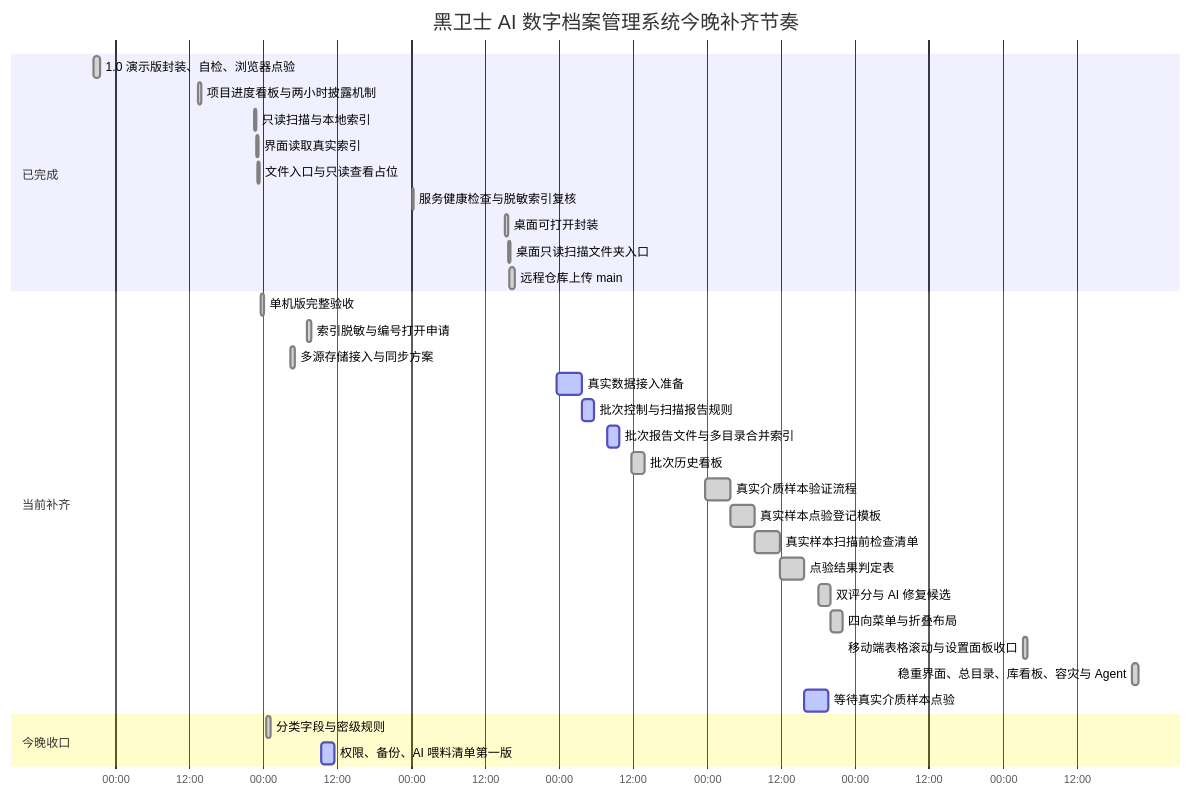
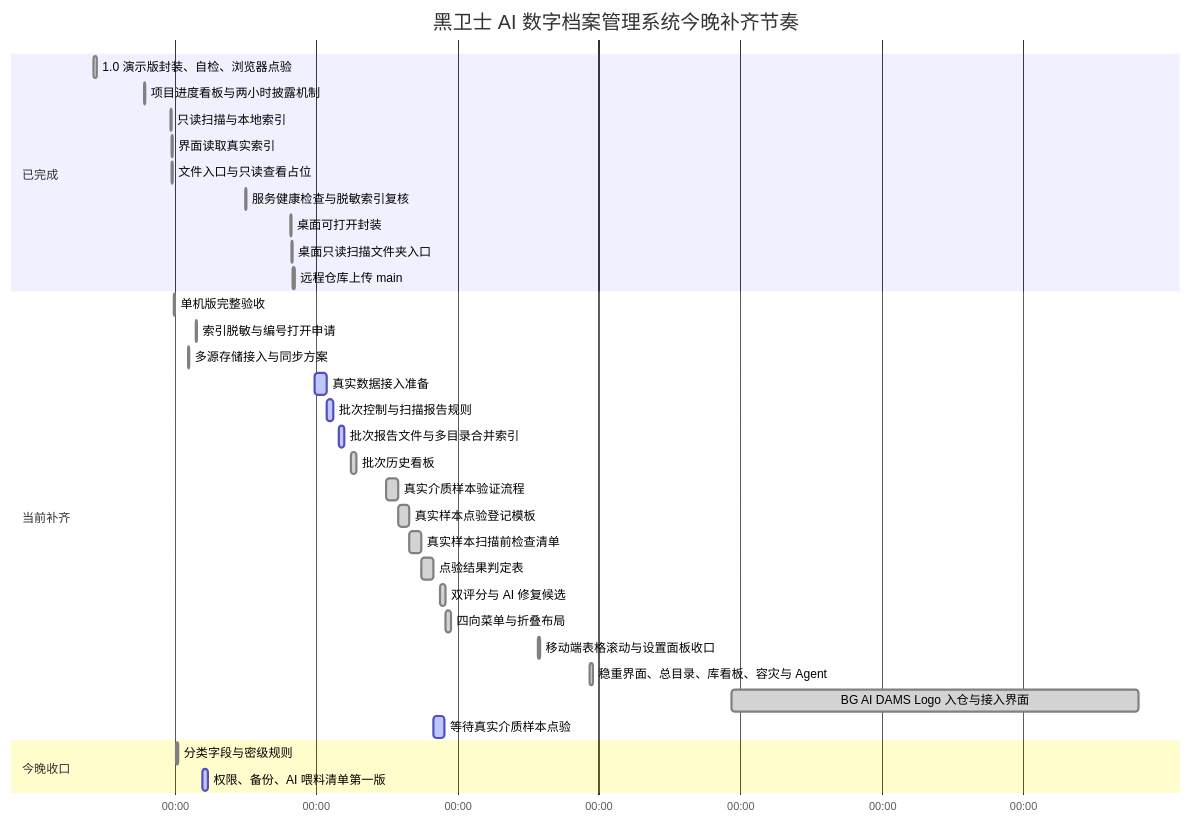
Before and after one commit to okalexhohongkong/Alex-Code-Repository: the diagram in 项目进度看板.md, drawn with Mermaid. The commit also changed other lines of this file and 3 other files, not shown here.

````diff
--- a/项目进度看板.md
+++ b/项目进度看板.md
@@ -9,39 +19,40 @@
 ```mermaid
 gantt
   title 黑卫士 AI 数字档案管理系统今晚补齐节奏
   dateFormat  YYYY-MM-DD HH:mm
   axisFormat  %H:%M
 
   section 已完成
   1.0 演示版封装、自检、浏览器点验        :done, demo-1, 2026-06-21 20:30, 1h
   项目进度看板与两小时披露机制             :done, demo-2, 2026-06-22 13:30, 25m
   只读扫描与本地索引                      :done, local-2, 2026-06-22 22:30, 25m
   界面读取真实索引                        :done, local-3, 2026-06-22 22:55, 20m
   文件入口与只读查看占位                   :done, local-4, 2026-06-22 23:05, 25m
   服务健康检查与脱敏索引复核                :done, local-health, 2026-06-24 00:10, 20m
   桌面可打开封装                           :done, desktop-1, 2026-06-24 15:10, 35m
   桌面只读扫描文件夹入口                    :done, desktop-2, 2026-06-24 15:43, 20m
   远程仓库上传 main                         :done, remote-1, 2026-06-24 16:00, 45m
 
   section 当前补齐
   单机版完整验收                          :done, local-5, 2026-06-22 23:35, 35m
   索引脱敏与编号打开申请                   :done, local-6, 2026-06-23 07:10, 35m
   多源存储接入与同步方案                   :done, storage-1, 2026-06-23 04:30, 35m
   真实数据接入准备                         :active, intake-1, 2026-06-24 23:42, 4h
   批次控制与扫描报告规则                   :active, intake-2, 2026-06-25 03:44, 2h
   批次报告文件与多目录合并索引              :active, intake-3, 2026-06-25 07:47, 2h
   批次历史看板                            :done, intake-4, 2026-06-25 11:50, 2h
   真实介质样本验证流程                    :done, intake-5, 2026-06-25 23:45, 4h
   真实样本点验登记模板                    :done, intake-6, 2026-06-26 03:46, 4h
   真实样本扫描前检查清单                  :done, intake-7, 2026-06-26 07:46, 4h
   点验结果判定表                          :done, intake-8, 2026-06-26 11:46, 4h
   双评分与 AI 修复候选                    :done, ui-score-1, 2026-06-26 18:00, 2h
   四向菜单与折叠布局                      :done, ui-menu-1, 2026-06-26 20:00, 2h
   移动端表格滚动与设置面板收口              :done, ui-mobile-1, 2026-06-28 03:20, 35m
   稳重界面、总目录、库看板、容灾与 Agent     :done, ui-search-1, 2026-06-28 21:00, 1h
+  BG AI DAMS Logo 入仓与接入界面              :done, brand-1, 2026-06-30 21:00, 2026-07-06 15:10
   等待真实介质样本点验                    :active, intake-9, 2026-06-26 15:46, 4h
 
   section 今晚收口
   分类字段与密级规则                       :done, class-1, 2026-06-23 00:30, 45m
   权限、备份、AI 喂料清单第一版             :active, class-2, 2026-06-23 09:30, 2h
 ```
````
